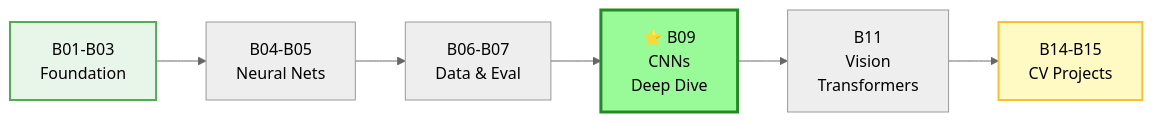
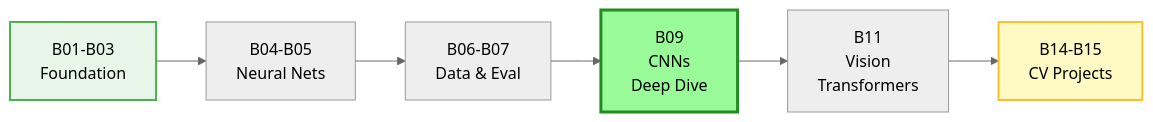
The third of 10 diagrams in Basic/README.md (nexageapps/AI), drawn with Mermaid (neutral theme) before and after one commit. The commit also changed other lines of this file, not shown here.

````diff
--- a/Basic/README.md
+++ b/Basic/README.md
@@ -238,12 +238,12 @@
 ```mermaid
 graph LR
     A["B01-B03<br/>Foundation"] --> B["B04-B05<br/>Neural Nets"]
     B --> C["B06-B07<br/>Data & Eval"]
-    C --> D["⭐ B09<br/>CNNs<br/>Deep Dive"]
+    C --> D["B09<br/>CNNs<br/>Deep Dive"]
     D --> E["B11<br/>Vision<br/>Transformers"]
     E --> F["B14-B15<br/>CV Projects"]
     
     style D fill:#98FB98,stroke:#228b22,stroke-width:3px,color:#000
     style A fill:#e8f5e9,stroke:#4caf50,stroke-width:2px,color:#000
     style F fill:#fff9c4,stroke:#fbc02d,stroke-width:2px,color:#000
 ```
````
